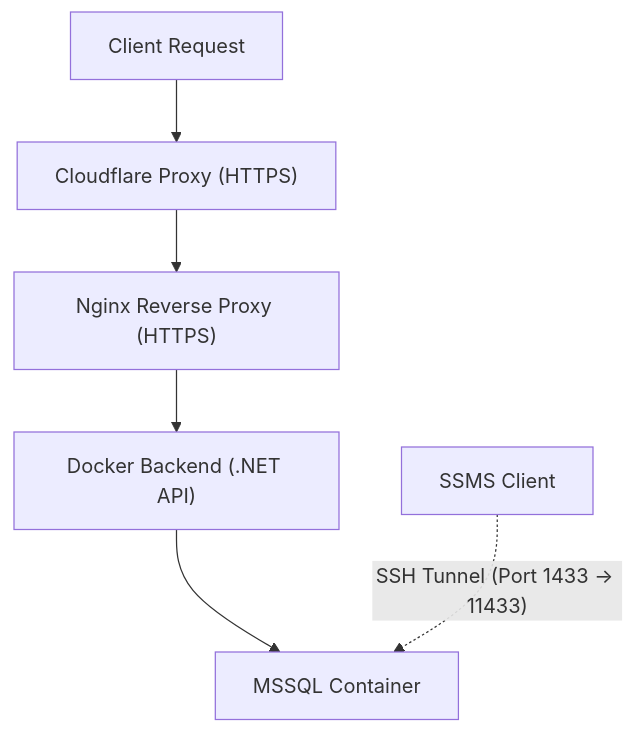
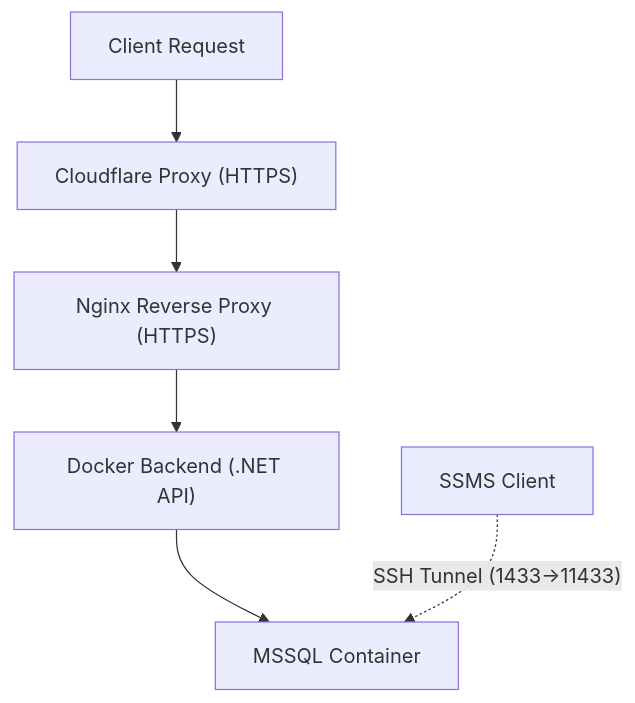
The diagram in _posts/2025-10-23-containerisere-backend.md (Gustavarendd/UclPortfolio), drawn with Mermaid before and after one commit. The commit also changed other lines of this file and 1 other file, not shown here.

````diff
--- a/_posts/2025-10-23-containerisere-backend.md
+++ b/_posts/2025-10-23-containerisere-backend.md
@@ -101,8 +98,8 @@
-``` mermaid
+```mermaid
 graph TD
   A["Client Request"] --> B["Cloudflare Proxy (HTTPS)"]
   B --> C["Nginx Reverse Proxy (HTTPS)"]
   C --> D["Docker Backend (.NET API)"]
   D --> E["MSSQL Container"]
-  F["SSMS Client"] -. SSH Tunnel (Port 1433 -> 11433) .-> E
+  F["SSMS Client"] -. "SSH Tunnel (1433→11433)" .-> E
 ```
````
